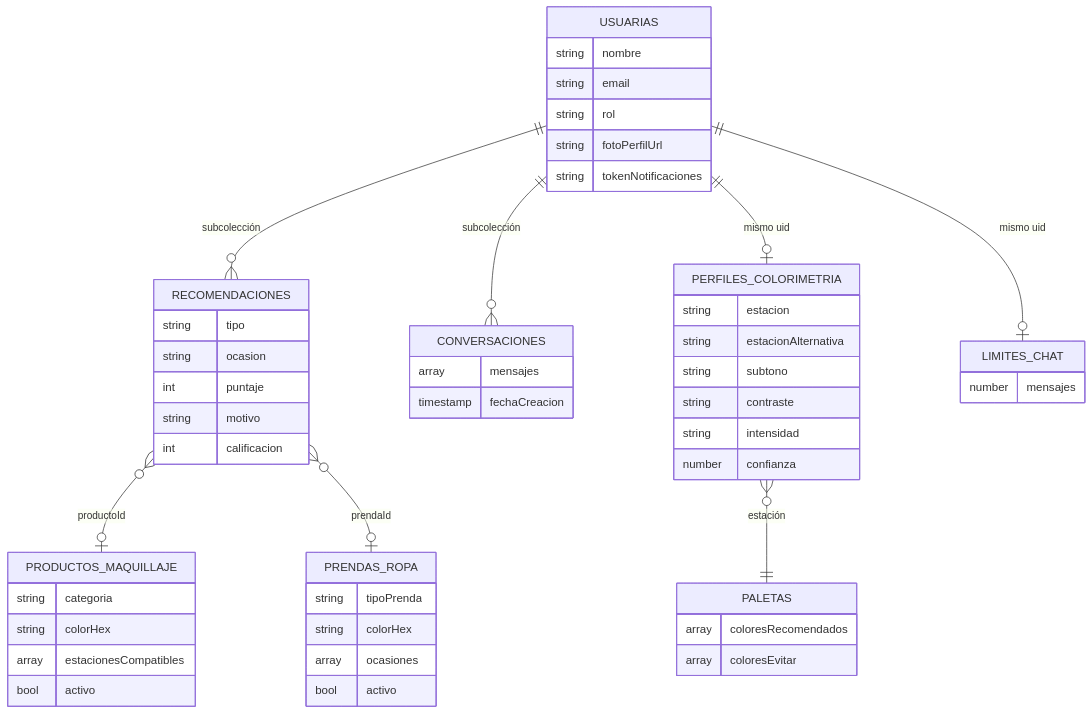
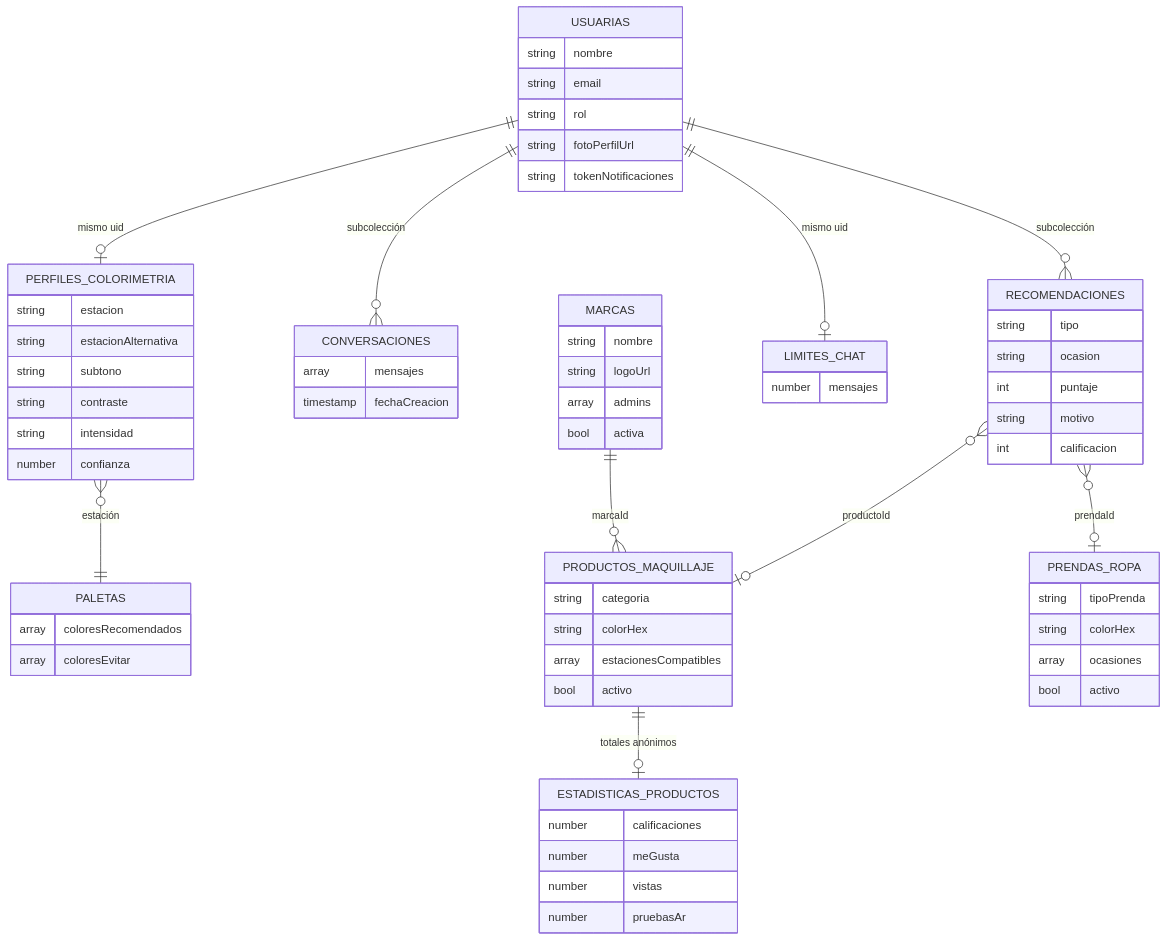
Before and after one commit to Karquin06/ProjectMake-UpAi: diagram 11 of 11 in README.md, drawn with Mermaid. The commit also changed other lines of this file, not shown here.

First line of the commit message:
docs: actualizar README con looks, marcas, seguridad y simulador AR realista

````diff
--- a/README.md
+++ b/README.md
@@ -357,56 +381,70 @@
 ```mermaid
 erDiagram
     USUARIAS ||--o{ RECOMENDACIONES : "subcolección"
     USUARIAS ||--o{ CONVERSACIONES : "subcolección"
     USUARIAS ||--o| PERFILES_COLORIMETRIA : "mismo uid"
     USUARIAS ||--o| LIMITES_CHAT : "mismo uid"
     PERFILES_COLORIMETRIA }o--|| PALETAS : "estación"
     RECOMENDACIONES }o--o| PRODUCTOS_MAQUILLAJE : "productoId"
     RECOMENDACIONES }o--o| PRENDAS_ROPA : "prendaId"
+    MARCAS ||--o{ PRODUCTOS_MAQUILLAJE : "marcaId"
+    PRODUCTOS_MAQUILLAJE ||--o| ESTADISTICAS_PRODUCTOS : "totales anónimos"
 
     USUARIAS {
         string nombre
         string email
         string rol
         string fotoPerfilUrl
         string tokenNotificaciones
     }
     PERFILES_COLORIMETRIA {
         string estacion
         string estacionAlternativa
         string subtono
         string contraste
         string intensidad
         number confianza
     }
     RECOMENDACIONES {
         string tipo
         string ocasion
         int puntaje
         string motivo
         int calificacion
     }
     CONVERSACIONES {
         array mensajes
         timestamp fechaCreacion
     }
     PRODUCTOS_MAQUILLAJE {
         string categoria
         string colorHex
         array estacionesCompatibles
         bool activo
     }
     PRENDAS_ROPA {
         string tipoPrenda
         string colorHex
         array ocasiones
         bool activo
     }
     PALETAS {
         array coloresRecomendados
         array coloresEvitar
     }
     LIMITES_CHAT {
         number mensajes
     }
+    MARCAS {
+        string nombre
+        string logoUrl
+        array admins
+        bool activa
+    }
+    ESTADISTICAS_PRODUCTOS {
+        number calificaciones
+        number meGusta
+        number vistas
+        number pruebasAr
+    }
 ```
````
